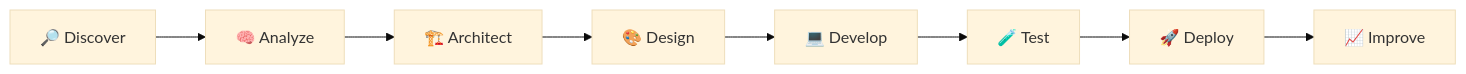
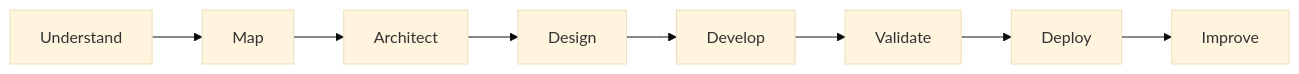
The diagram in README.md (Faizal-dev13/Faizal-dev13), drawn with Mermaid (base theme) before and after one commit. The commit also changed other lines of this file, not shown here.

````diff
--- a/README.md
+++ b/README.md
@@ -262,10 +286,10 @@
 ```mermaid
 flowchart LR
-    A["🔎 Discover"] --> B["🧠 Analyze"]
-    B --> C["🏗️ Architect"]
-    C --> D["🎨 Design"]
-    D --> E["💻 Develop"]
-    E --> F["🧪 Test"]
-    F --> G["🚀 Deploy"]
-    G --> H["📈 Improve"]
+    A["Understand"] --> B["Map"]
+    B --> C["Architect"]
+    C --> D["Design"]
+    D --> E["Develop"]
+    E --> F["Validate"]
+    F --> G["Deploy"]
+    G --> H["Improve"]
 ```
````
